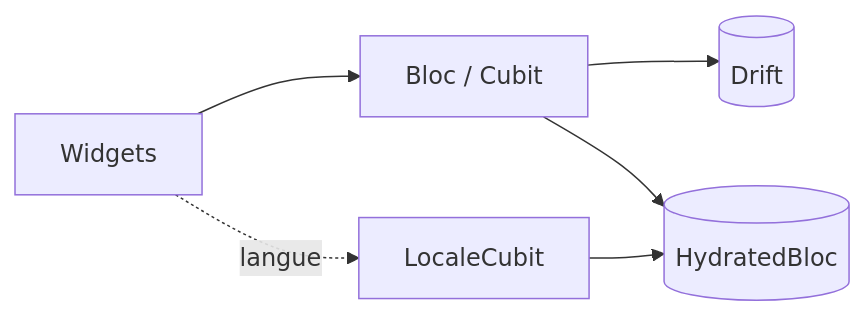
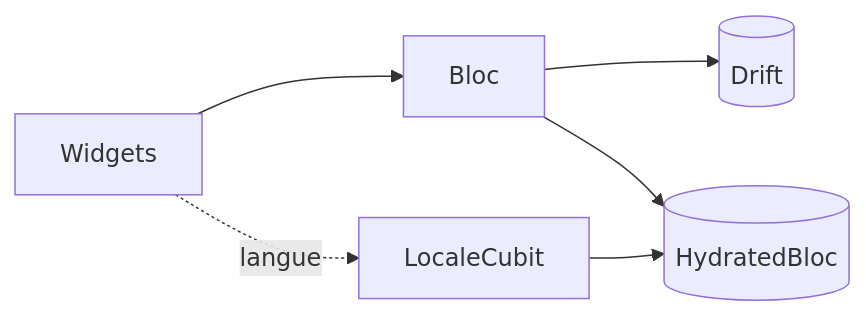
One commit to AlexandreMaillot/digiharmony changed the second of 3 diagrams in aidd_docs/memory/architecture.md. Above: the diagram before and after it, drawn with Mermaid. The commit also changed other lines of this file and 251 other files, not shown here.

````diff
--- a/aidd_docs/memory/architecture.md
+++ b/aidd_docs/memory/architecture.md
@@ -49,8 +49,8 @@
 ```mermaid
 flowchart LR
-    UI[Widgets] --> Bloc[Bloc / Cubit]
+    UI[Widgets] --> Bloc[Bloc]
     Bloc --> Drift[(Drift)]
     Bloc --> Hydrated[(HydratedBloc)]
     UI -.langue.-> Locale[LocaleCubit]
     Locale --> Hydrated
 ```
````
